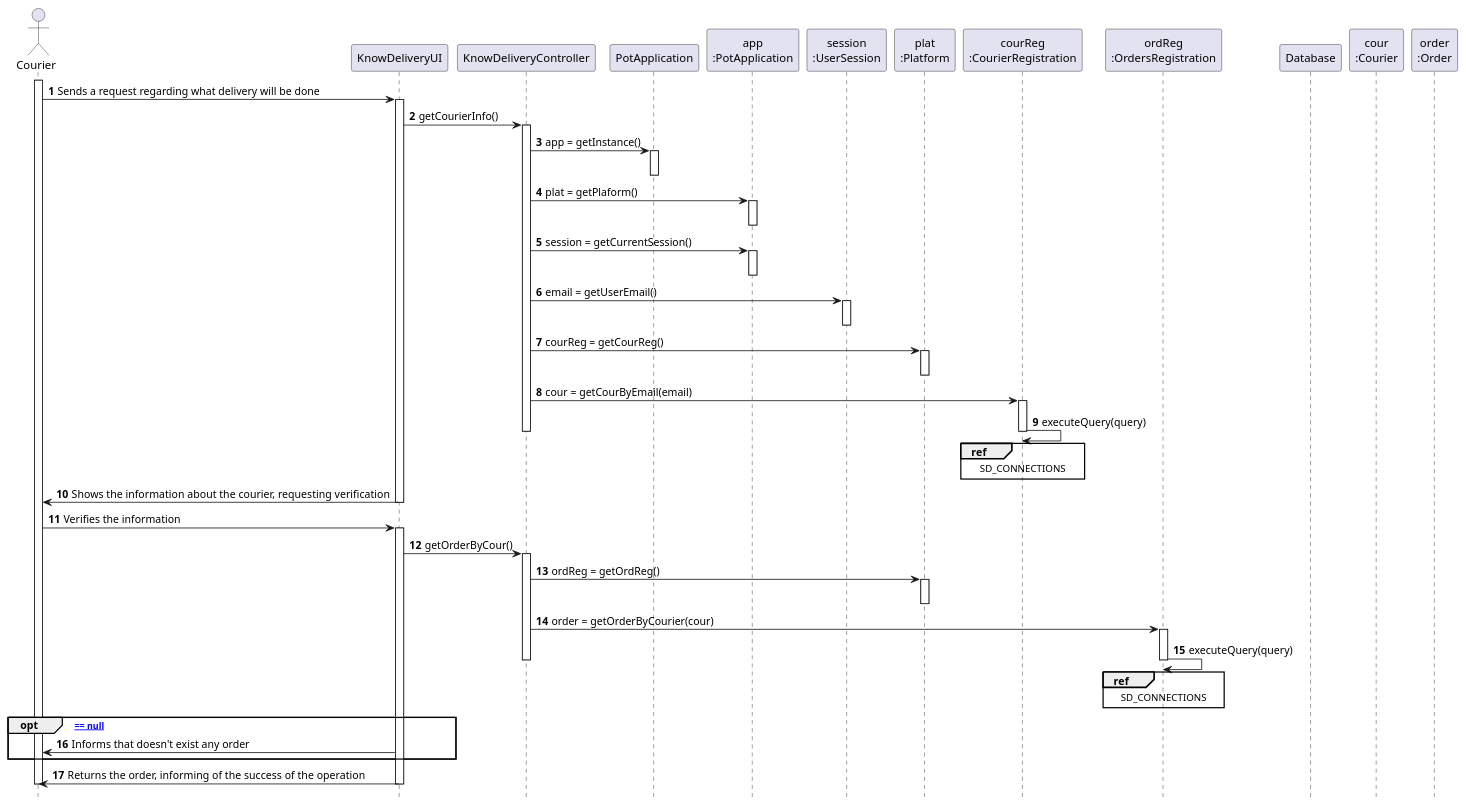
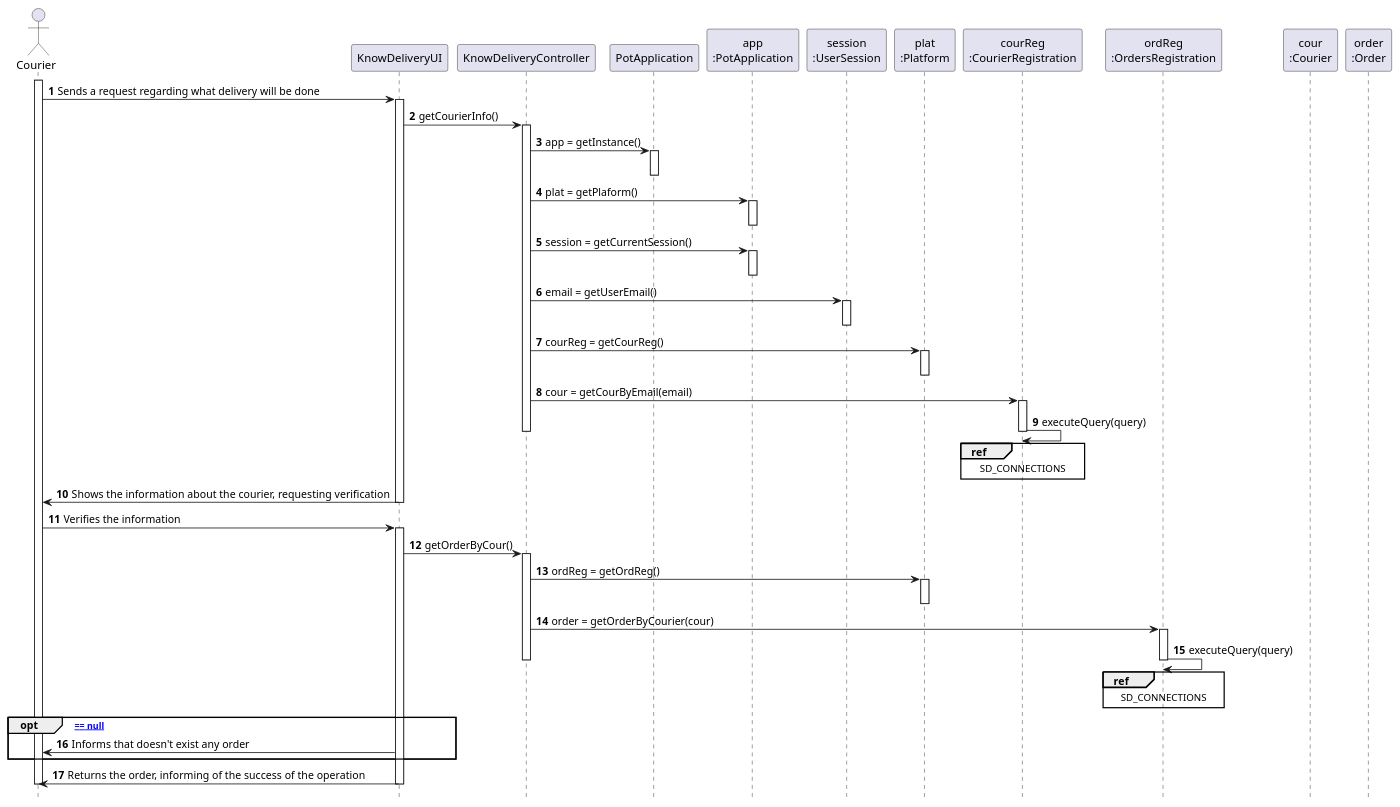
Before and after one commit to tiagoavcosta25/LAPR3: the diagram in docs/Iteration 1/Delivery Management/US48_KnowDelivery/US48_SD.puml, drawn with PlantUML. The commit also changed 6 other files, not shown here.

```diff
--- a/docs/Iteration 1/Delivery Management/US48_KnowDelivery/US48_SD.puml
+++ b/docs/Iteration 1/Delivery Management/US48_KnowDelivery/US48_SD.puml
@@ -1,71 +1,70 @@
 @startuml
 autonumber
 hide footbox
 
 actor "Courier" as COUR
 
 participant "KnowDeliveryUI" as UI
 participant "KnowDeliveryController" as CTRL
 participant "PotApplication" as _APP
 participant "app\n:PotApplication" as APP
 participant "session\n:UserSession" as SESSION
 participant "plat\n:Platform" as PLAT
 participant "courReg\n:CourierRegistration" as COURREG
 participant "ordReg\n:OrdersRegistration" as ORDREG
-participant "Database" as DB
 participant "cour\n:Courier" as C
 participant "order\n:Order" as O
 
 activate COUR
 
 COUR -> UI : Sends a request regarding what delivery will be done
 activate UI
 UI -> CTRL : getCourierInfo()
 activate CTRL
 CTRL -> _APP: app = getInstance()
 activate _APP
 deactivate _APP
 
 CTRL -> APP: plat = getPlaform()
 activate APP
 deactivate APP
 
 CTRL -> APP: session = getCurrentSession()
 activate APP
 deactivate APP
 
 CTRL -> SESSION: email = getUserEmail()
 activate SESSION
 deactivate SESSION
 CTRL -> PLAT : courReg = getCourReg()
 activate PLAT
 deactivate PLAT
 CTRL -> COURREG : cour = getCourByEmail(email)
 activate COURREG
 COURREG -> COURREG : executeQuery(query)
 ref over COURREG : SD_CONNECTIONS
 deactivate COURREG
 deactivate CTRL
 UI -> COUR : Shows the information about the courier, requesting verification
 deactivate UI
 COUR -> UI : Verifies the information
 activate UI
 UI -> CTRL : getOrderByCour()
 activate CTRL
 CTRL -> PLAT : ordReg = getOrdReg()
 activate PLAT
 deactivate PLAT
 CTRL -> ORDREG : order = getOrderByCourier(cour)
 activate ORDREG
 ORDREG -> ORDREG : executeQuery(query)
 ref over ORDREG : SD_CONNECTIONS
 deactivate ORDREG
 deactivate CTRL
 opt [ order == null]
 UI -> COUR : Informs that doesn't exist any order
 end opt
 UI -> COUR : Returns the order, informing of the success of the operation
 deactivate UI
 deactivate COUR
 
 @enduml
```
